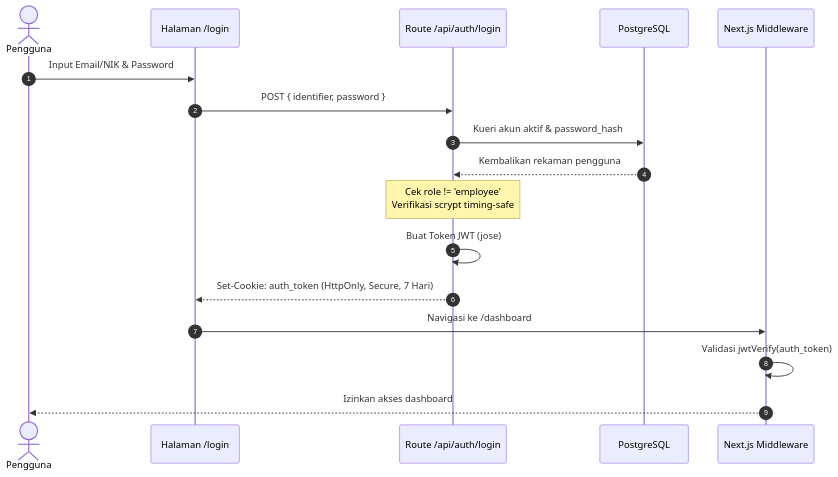
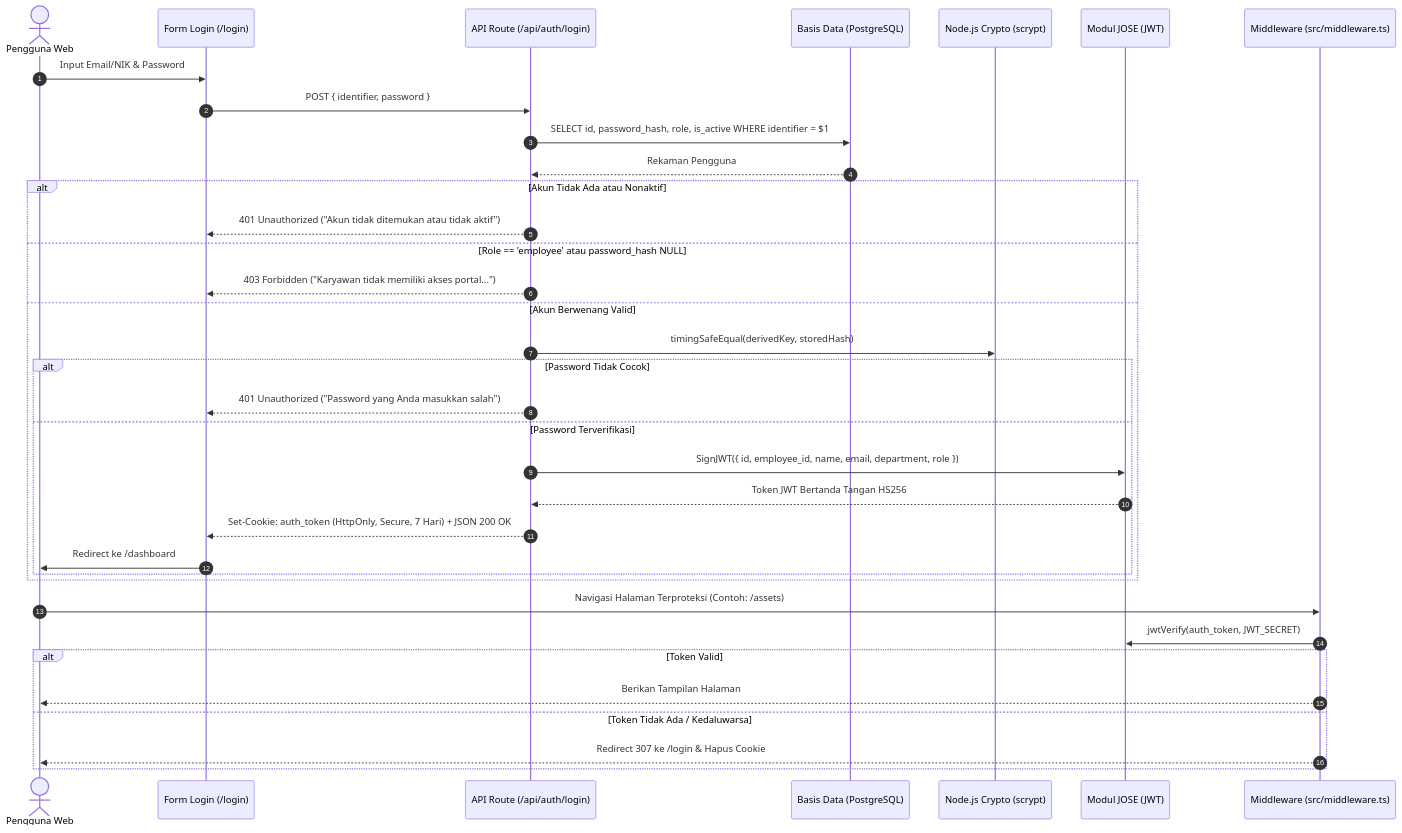
Before and after one commit to Febmy/it-asset-management: the third of 3 diagrams in docs/ACCOUNTS_AND_ROLES.md, drawn with Mermaid. The commit also changed other lines of this file and 6 other files, not shown here.

````diff
--- a/docs/ACCOUNTS_AND_ROLES.md
+++ b/docs/ACCOUNTS_AND_ROLES.md
@@ -140,20 +273,40 @@
 ```mermaid
 sequenceDiagram
     autonumber
-    actor Pengguna
-    participant Frontend as Halaman /login
-    participant API as Route /api/auth/login
-    participant DB as PostgreSQL
-    participant Middleware as Next.js Middleware
+    actor Pengguna as Pengguna Web
+    participant UI as Form Login (/login)
+    participant AuthAPI as API Route (/api/auth/login)
+    participant DB as Basis Data (PostgreSQL)
+    participant Crypto as Node.js Crypto (scrypt)
+    participant Jose as Modul JOSE (JWT)
+    participant MW as Middleware (src/middleware.ts)
 
-    Pengguna->>Frontend: Input Email/NIK & Password
-    Frontend->>API: POST { identifier, password }
-    API->>DB: Kueri akun aktif & password_hash
-    DB-->>API: Kembalikan rekaman pengguna
-    Note over API: Cek role != 'employee'<br/>Verifikasi scrypt timing-safe
-    API->>API: Buat Token JWT (jose)
-    API-->>Frontend: Set-Cookie: auth_token (HttpOnly, Secure, 7 Hari)
-    Frontend->>Middleware: Navigasi ke /dashboard
-    Middleware->>Middleware: Validasi jwtVerify(auth_token)
-    Middleware-->>Pengguna: Izinkan akses dashboard
+    Pengguna->>UI: Input Email/NIK & Password
+    UI->>AuthAPI: POST { identifier, password }
+    AuthAPI->>DB: SELECT id, password_hash, role, is_active WHERE identifier = $1
+    DB-->>AuthAPI: Rekaman Pengguna
+    
+    alt Akun Tidak Ada atau Nonaktif
+        AuthAPI-->>UI: 401 Unauthorized ("Akun tidak ditemukan atau tidak aktif")
+    else Role == 'employee' atau password_hash NULL
+        AuthAPI-->>UI: 403 Forbidden ("Karyawan tidak memiliki akses portal...")
+    else Akun Berwenang Valid
+        AuthAPI->>Crypto: timingSafeEqual(derivedKey, storedHash)
+        alt Password Tidak Cocok
+            AuthAPI-->>UI: 401 Unauthorized ("Password yang Anda masukkan salah")
+        else Password Terverifikasi
+            AuthAPI->>Jose: SignJWT({ id, employee_id, name, email, department, role })
+            Jose-->>AuthAPI: Token JWT Bertanda Tangan HS256
+            AuthAPI-->>UI: Set-Cookie: auth_token (HttpOnly, Secure, 7 Hari) + JSON 200 OK
+            UI->>Pengguna: Redirect ke /dashboard
+        end
+    end
+
+    Pengguna->>MW: Navigasi Halaman Terproteksi (Contoh: /assets)
+    MW->>Jose: jwtVerify(auth_token, JWT_SECRET)
+    alt Token Valid
+        MW-->>Pengguna: Berikan Tampilan Halaman
+    else Token Tidak Ada / Kedaluwarsa
+        MW-->>Pengguna: Redirect 307 ke /login & Hapus Cookie
+    end
 ```
````
